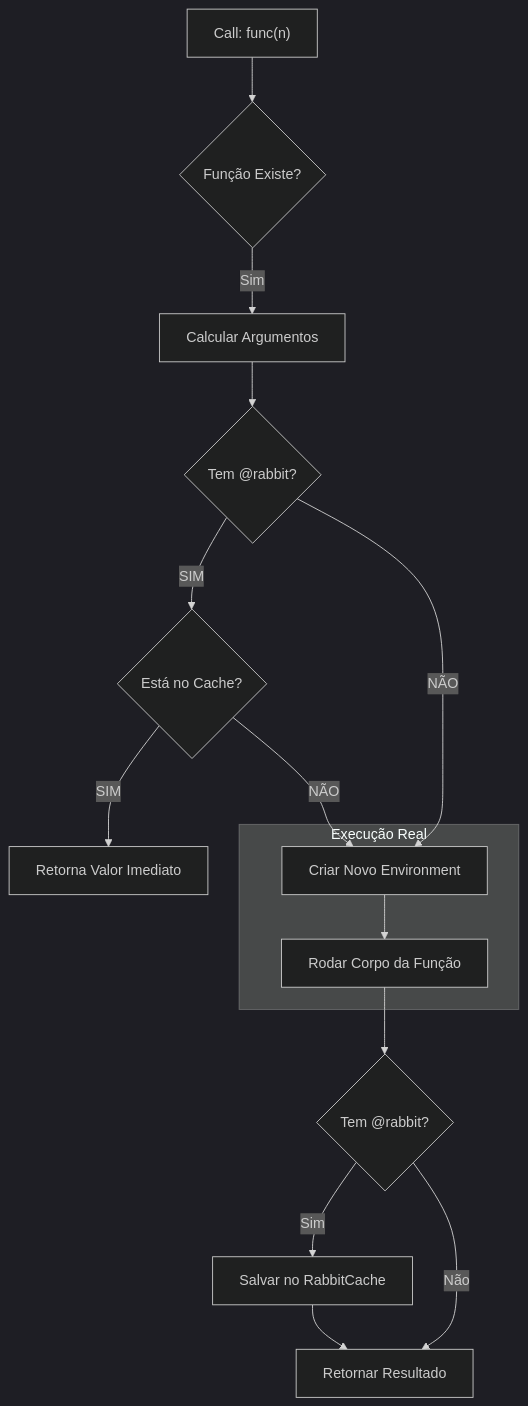
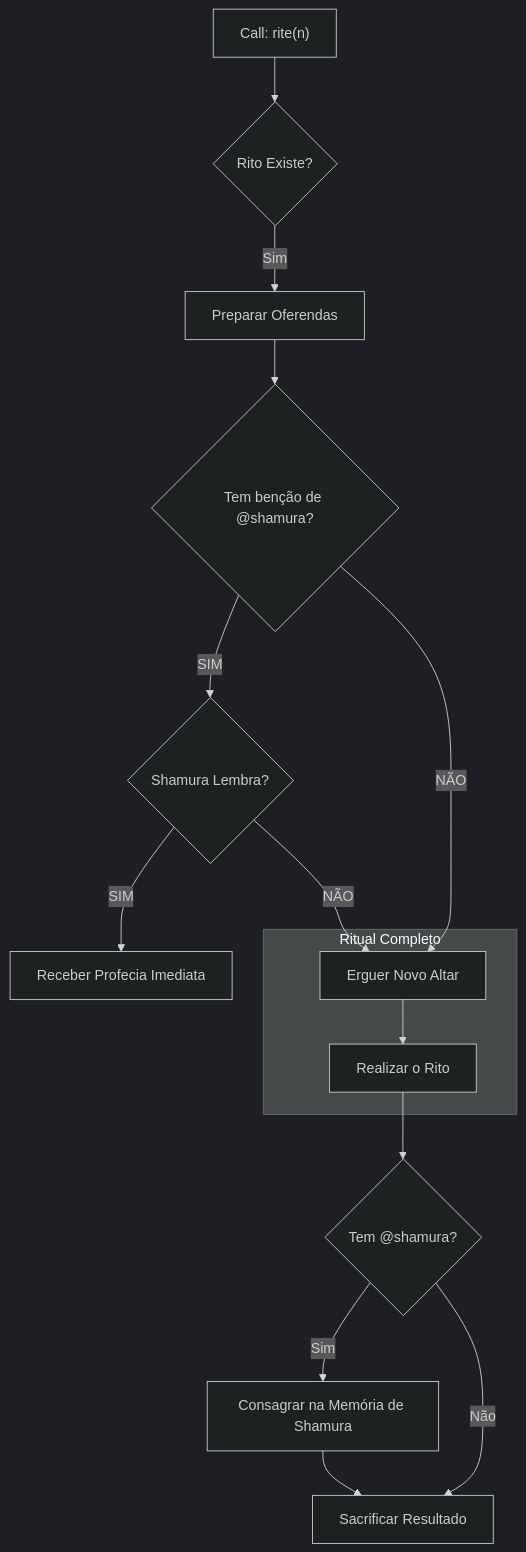
Before and after one commit to EduLoboM/OldFaith: the third of 3 diagrams in documentation/interpreter.md, drawn with Mermaid (dark theme). The commit also changed other lines of this file and 14 other files, not shown here.

````diff
--- a/documentation/interpreter.md
+++ b/documentation/interpreter.md
@@ -48,27 +48,27 @@
 ```mermaid
 graph TD
 
-    Start["Call: func(n)"]:::start --> CheckFunc{Função Existe?}:::check
-    CheckFunc -- Sim --> Args[Calcular Argumentos]:::calc
+    Start["Call: rite(n)"]:::start --> CheckRite{Rito Existe?}:::check
+    CheckRite -- Sim --> Args[Preparar Oferendas]:::calc
     
     %% O Ponto Chave
-    Args --> CheckRat{Tem @rabbit?}:::check
+    Args --> CheckShamura{Tem benção de @shamura?}:::check
     
     %% Caminho do Coelho
-    CheckRat -- SIM --> CheckCache{Está no Cache?}:::cachehit
-    CheckCache -- SIM --> ReturnCache[Retorna Valor Imediato]:::endnode
+    CheckShamura -- SIM --> CheckCache{Shamura Lembra?}:::cachehit
+    CheckCache -- SIM --> ReturnCache[Receber Profecia Imediata]:::endnode
     
     %% Caminho Lento (Cálculo)
     CheckCache -- NÃO --> CalcReal
-    CheckRat -- NÃO --> CalcReal
+    CheckShamura -- NÃO --> CalcReal
     
-    subgraph Execution [Execução Real]
-        CalcReal[Criar Novo Environment]:::calc
-        CalcReal --> RunBody[Rodar Corpo da Função]:::calc
+    subgraph Execution [Ritual Completo]
+        CalcReal[Erguer Novo Altar]:::calc
+        CalcReal --> RunBody[Realizar o Rito]:::calc
     end
     
-    RunBody --> ShouldSave{Tem @rabbit?}:::check
-    ShouldSave -- Sim --> Save[Salvar no RabbitCache]:::save
-    Save --> Return[Retornar Resultado]:::endnode
+    RunBody --> ShouldSave{Tem @shamura?}:::check
+    ShouldSave -- Sim --> Save[Consagrar na Memória de Shamura]:::save
+    Save --> Return[Sacrificar Resultado]:::endnode
     ShouldSave -- Não --> Return
 ```
````
